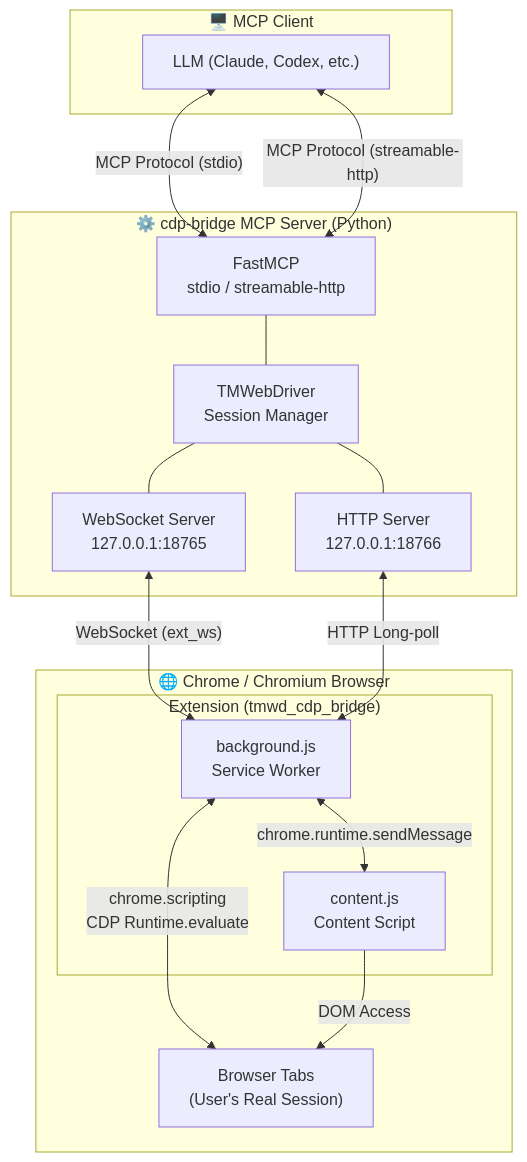
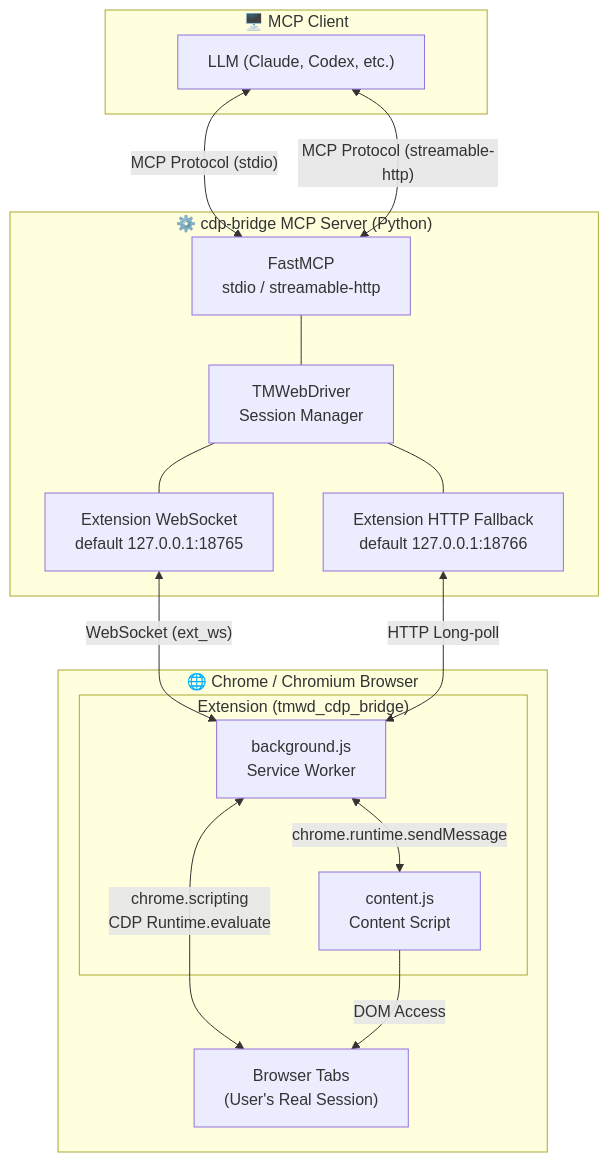
One commit to Unagi-cq/cdp-bridge-mcp changed the diagram in doc/README_EN.md. Above: the diagram before and after it, drawn with Mermaid. The commit also changed other lines of this file and 17 other files, not shown here.

````diff
--- a/doc/README_EN.md
+++ b/doc/README_EN.md
@@ -53,32 +69,32 @@
 ```mermaid
 graph TB
     subgraph Client["🖥️ MCP Client"]
         LLM["LLM (Claude, Codex, etc.)"]
     end
 
     subgraph Server["⚙️ cdp-bridge MCP Server (Python)"]
         FastMCP["FastMCP<br/>stdio / streamable-http"]
         TMWD["TMWebDriver<br/>Session Manager"]
-        WS["WebSocket Server<br/>127.0.0.1:18765"]
-        HTTP["HTTP Server<br/>127.0.0.1:18766"]
+        WS["Extension WebSocket<br/>default 127.0.0.1:18765"]
+        HTTP["Extension HTTP Fallback<br/>default 127.0.0.1:18766"]
         FastMCP --- TMWD
         TMWD --- WS
         TMWD --- HTTP
     end
 
     subgraph Browser["🌐 Chrome / Chromium Browser"]
         subgraph Extension["Extension (tmwd_cdp_bridge)"]
             BG["background.js<br/>Service Worker"]
             CT["content.js<br/>Content Script"]
         end
         Tabs["Browser Tabs<br/>(User's Real Session)"]
     end
 
     LLM <-->|"MCP Protocol (stdio)"| FastMCP
     LLM <-->|"MCP Protocol (streamable-http)"| FastMCP
     WS <-->|"WebSocket (ext_ws)"| BG
     HTTP <-->|"HTTP Long-poll"| BG
     BG <-->|"chrome.scripting<br/>CDP Runtime.evaluate"| Tabs
     BG <-->|"chrome.runtime.sendMessage"| CT
     CT -->|"DOM Access"| Tabs
 ```
````
